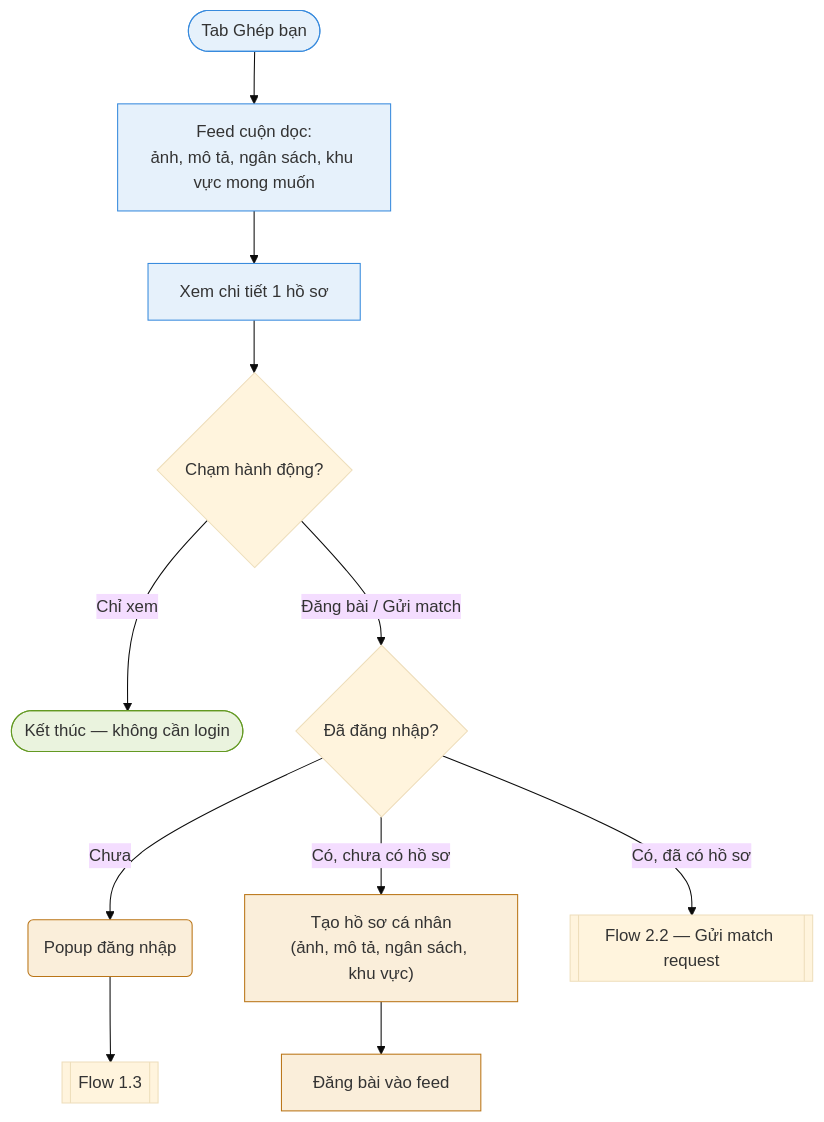
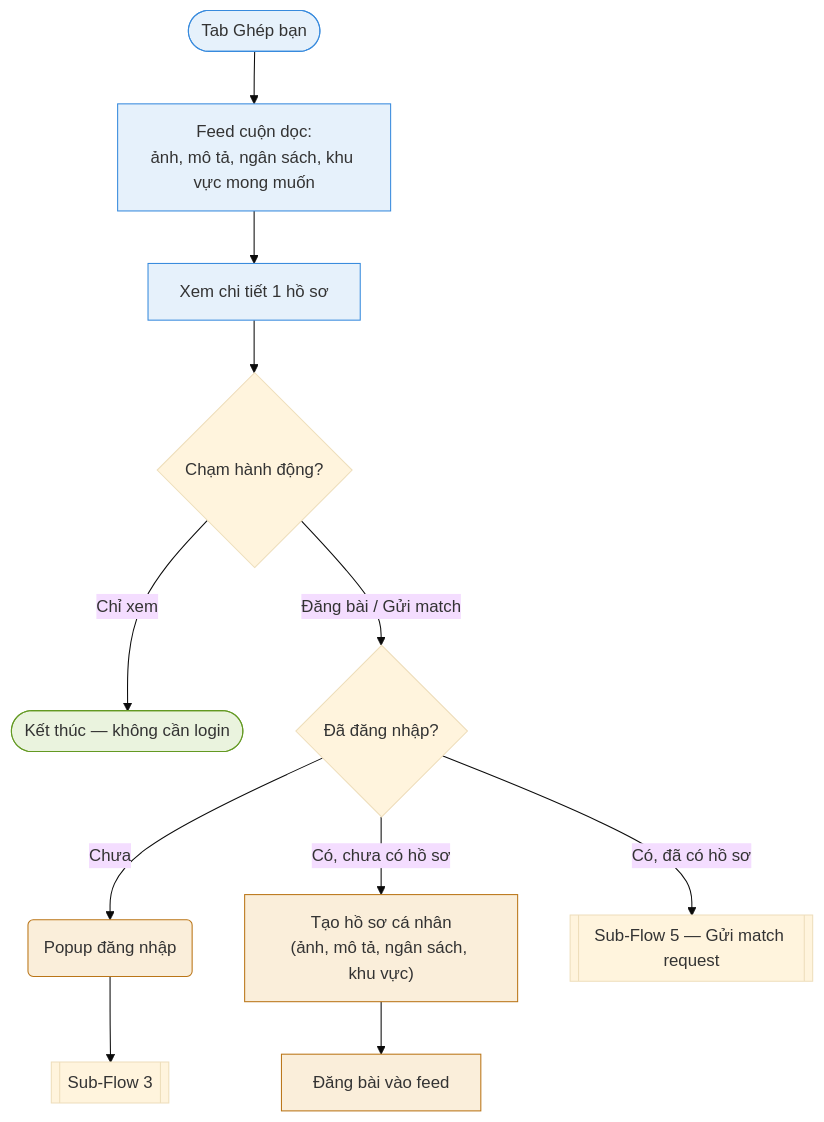
Before and after one commit to pbl6-home-renter/docs: the fifth of 17 diagrams in phase-1/discovery/user_flow/tenant-user-flow.md, drawn with Mermaid (base theme). The commit also changed other lines of this file and 6 other files, not shown here.

````diff
--- a/phase-1/discovery/user_flow/tenant-user-flow.md
+++ b/phase-1/discovery/user_flow/tenant-user-flow.md
@@ -170,21 +130,21 @@
 ```mermaid
 flowchart TD
     Start(["Tab Ghép bạn"]) --> Feed["Feed cuộn dọc:\nảnh, mô tả, ngân sách, khu vực mong muốn"]
     Feed --> View["Xem chi tiết 1 hồ sơ"]
     View --> Act{"Chạm hành động?"}
     Act -->|"Chỉ xem"| End1(["Kết thúc — không cần login"])
     Act -->|"Đăng bài / Gửi match"| Check{"Đã đăng nhập?"}
     Check -->|"Chưa"| Gate("Popup đăng nhập")
-    Gate --> Login[["Flow 1.3"]]
+    Gate --> Login[["Sub-Flow 3"]]
     Check -->|"Có, chưa có hồ sơ"| Create["Tạo hồ sơ cá nhân\n(ảnh, mô tả, ngân sách, khu vực)"]
     Create --> Post["Đăng bài vào feed"]
-    Check -->|"Có, đã có hồ sơ"| Send[["Flow 2.2 — Gửi match request"]]
+    Check -->|"Có, đã có hồ sơ"| Send[["Sub-Flow 5 — Gửi match request"]]
 
     style Start fill:#e6f1fb,stroke:#378add
     style Feed fill:#e6f1fb,stroke:#378add
     style View fill:#e6f1fb,stroke:#378add
     style End1 fill:#eaf3de,stroke:#639922
     style Gate fill:#faeeda,stroke:#ba7517
     style Create fill:#faeeda,stroke:#ba7517
     style Post fill:#faeeda,stroke:#ba7517
 ```
````
